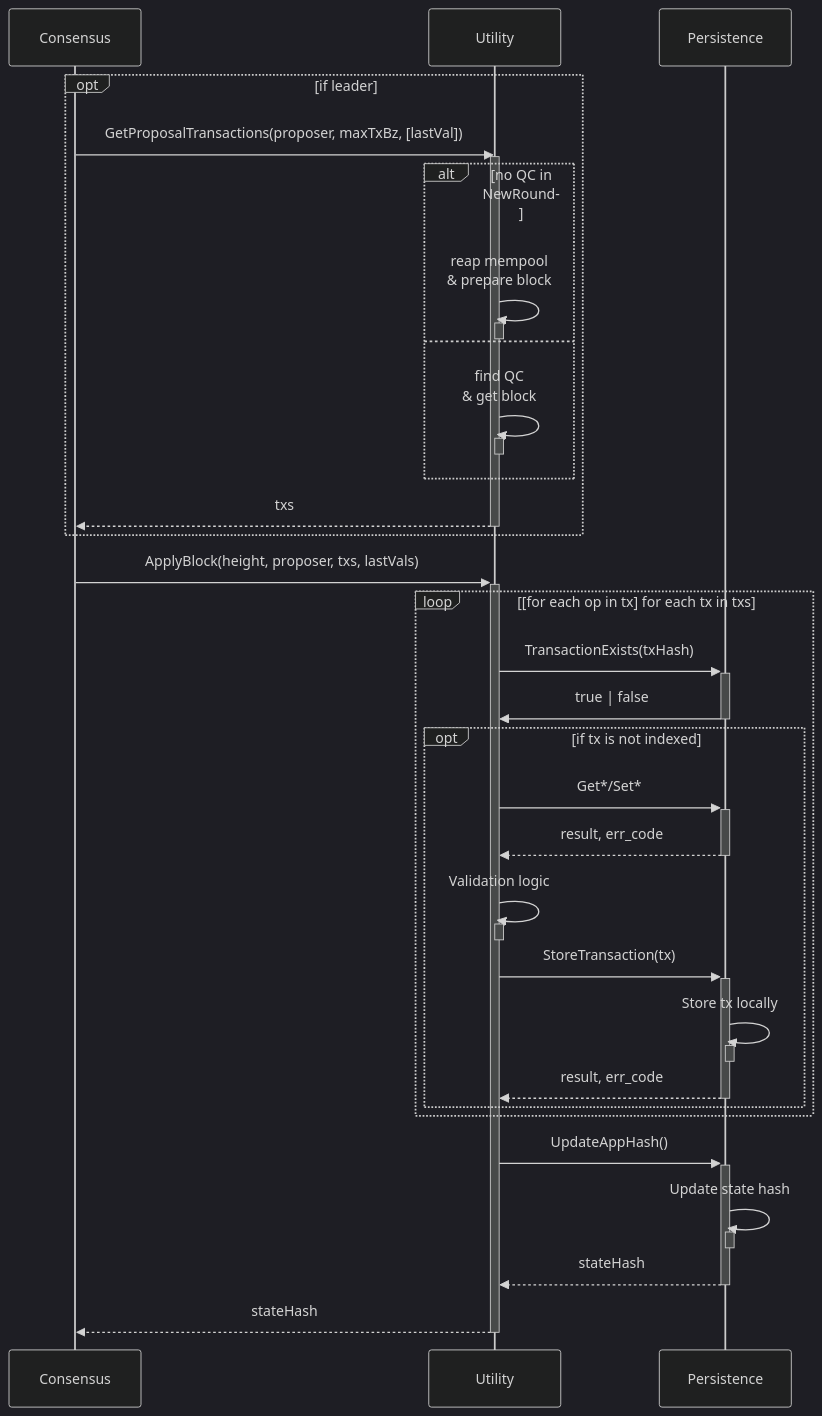
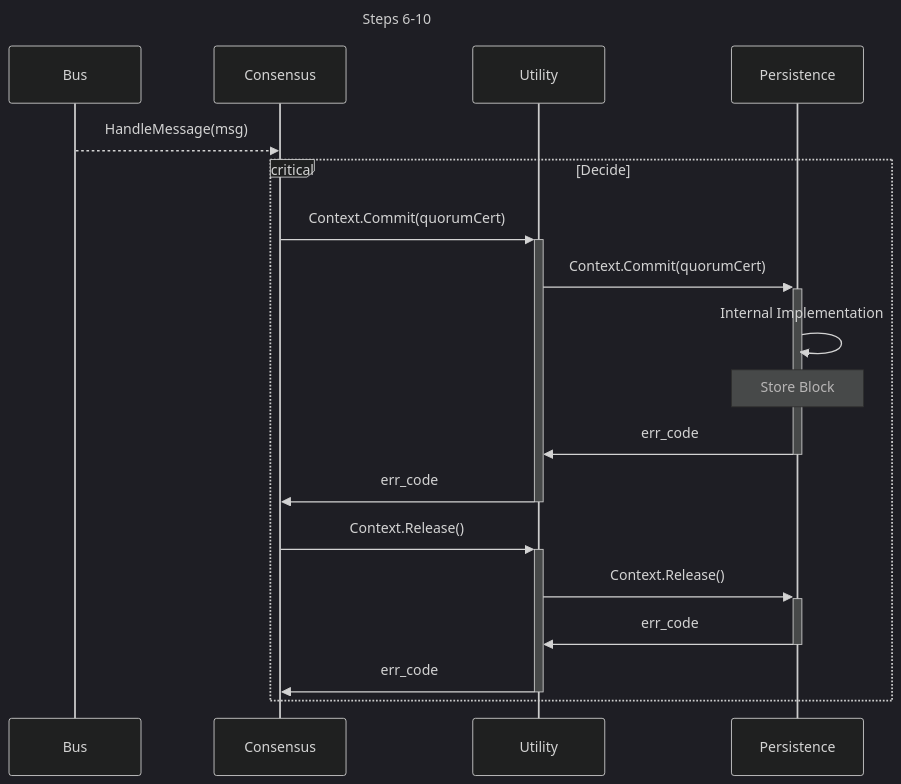
One commit to pokt-network/pocket changed the second of 5 diagrams in shared/docs/PROTOCOL_STATE_HASH.md. Above: the diagram before and after it, drawn with Mermaid (dark theme). The commit also changed other lines of this file and 5 other files, not shown here.

````diff
--- a/shared/docs/PROTOCOL_STATE_HASH.md
+++ b/shared/docs/PROTOCOL_STATE_HASH.md
@@ -58,48 +61,29 @@
 ```mermaid
 sequenceDiagram
+    title Steps 6-10
+    participant B as Bus
     participant C as Consensus
     participant U as Utility
     participant P as Persistence
 
-    %% Prepare or get block as leader
-    opt if leader
-        C->>U: GetProposalTransactions(proposer, maxTxBz, [lastVal])
-        activate U
-        alt no QC in NewRound
-        U->>U: reap mempool <br> & prepare block
-        activate U
+    %% Handle New Message
+    B-->>C: HandleMessage(msg)
+
+    critical Decide
+        %% Commit Context
+        C->>+U: Context.Commit(quorumCert)
+        U->>+P: Context.Commit(quorumCert)
+        P->>P: Internal Implementation
+        Note over P: Store Block
+        P->>-U: err_code
+        U->>C: err_code
         deactivate U
-    else
-        U->>U: find QC <br> & get block
-        activate U
-        deactivate U
-        end
-        U-->>C: txs
-        deactivate U
+
+        %% Release Context
+        C->>+U: Context.Release()
+        U->>+P: Context.Release()
+        P->>-U: err_code
+        U->>-C: err_code
     end
 
-    %% Apply block as leader or replica
-    C->>+U: ApplyBlock(height, proposer, txs, lastVals)
-    loop [for each op in tx] for each tx in txs
-        U->>+P: TransactionExists(txHash)
-        P->>-U: true | false
-        opt if tx is not indexed
-            U->>+P: Get*/Set*
-            P-->>-U: result, err_code
-            U->>U: Validation logic
-            activate U
-            deactivate U
-            U->>+P: StoreTransaction(tx)
-            P->>P: Store tx locally
-            activate P
-            deactivate P
-            P-->>-U: result, err_code
-        end
-    end
-    U->>+P: UpdateAppHash()
-    P->>P: Update state hash
-    activate P
-    deactivate P
-    P-->>-U: stateHash
-    U-->>-C: stateHash
 ```
````
